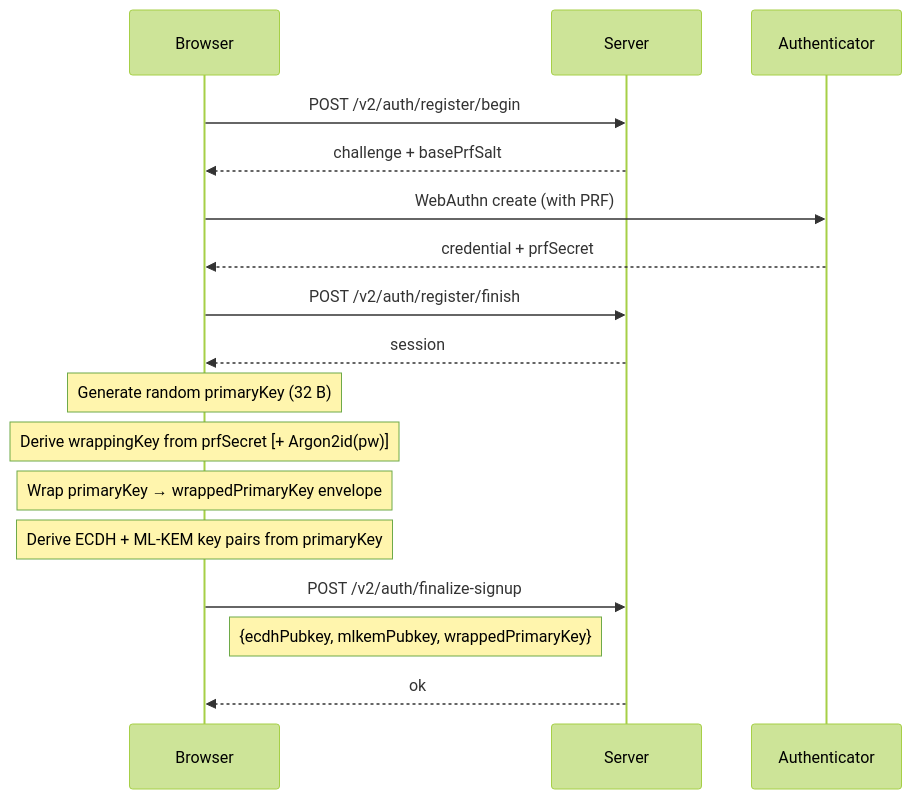
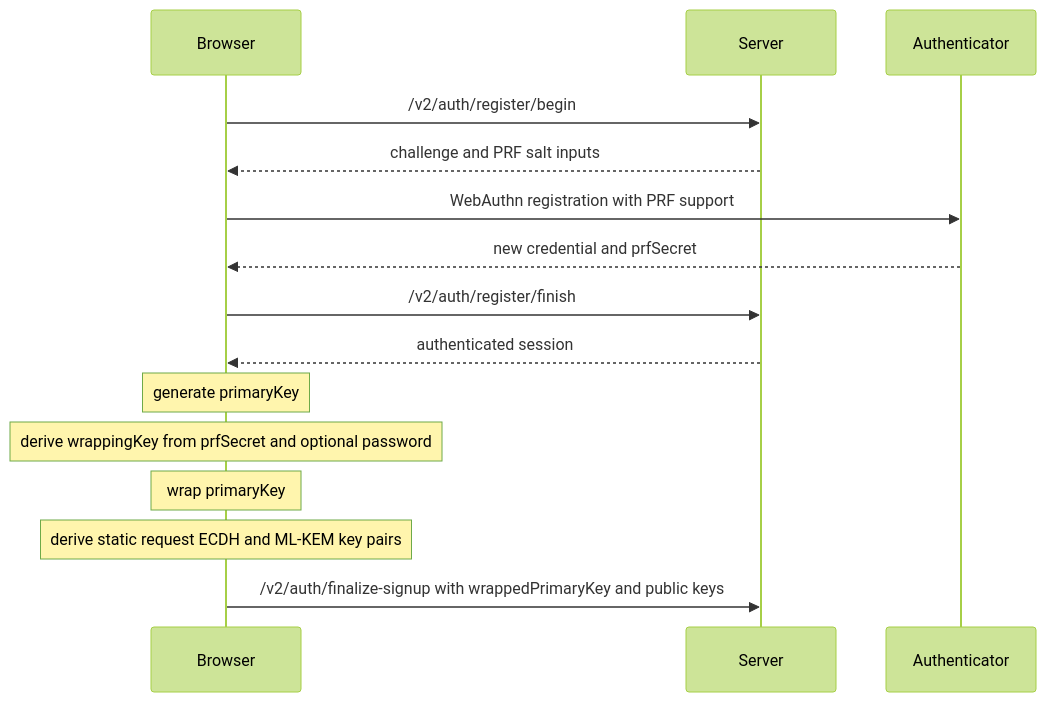
The fourth of 9 diagrams in docs/06-crypto-architecture.md (ItalyPaleAle/revaulter), drawn with Mermaid (forest theme) before and after one commit. The commit also changed other lines of this file and 1 other file, not shown here.

Commit message:
Updated doc with crypto architecture

````diff
--- a/docs/06-crypto-architecture.md
+++ b/docs/06-crypto-architecture.md
@@ -109,22 +243,18 @@
 ```mermaid
 sequenceDiagram
     participant B as Browser
     participant S as Server
     participant A as Authenticator
 
-    B->>S: POST /v2/auth/register/begin
-    S-->>B: challenge + basePrfSalt
-    B->>A: WebAuthn create (with PRF)
-    A-->>B: credential + prfSecret
-    B->>S: POST /v2/auth/register/finish
-    S-->>B: session
-
-    Note over B: Generate random primaryKey (32 B)
-    Note over B: Derive wrappingKey from prfSecret [+ Argon2id(pw)]
-    Note over B: Wrap primaryKey → wrappedPrimaryKey envelope
-    Note over B: Derive ECDH + ML-KEM key pairs from primaryKey
-
-    B->>S: POST /v2/auth/finalize-signup
-    Note right of B: {ecdhPubkey, mlkemPubkey, wrappedPrimaryKey}
-    S-->>B: ok
+    B->>S: /v2/auth/register/begin
+    S-->>B: challenge and PRF salt inputs
+    B->>A: WebAuthn registration with PRF support
+    A-->>B: new credential and prfSecret
+    B->>S: /v2/auth/register/finish
+    S-->>B: authenticated session
+    Note over B: generate primaryKey
+    Note over B: derive wrappingKey from prfSecret and optional password
+    Note over B: wrap primaryKey
+    Note over B: derive static request ECDH and ML-KEM key pairs
+    B->>S: /v2/auth/finalize-signup with wrappedPrimaryKey and public keys
 ```
````
